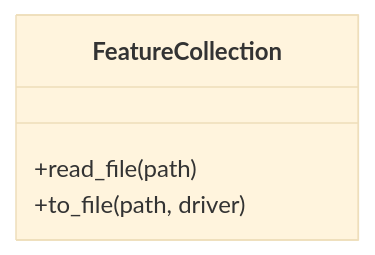
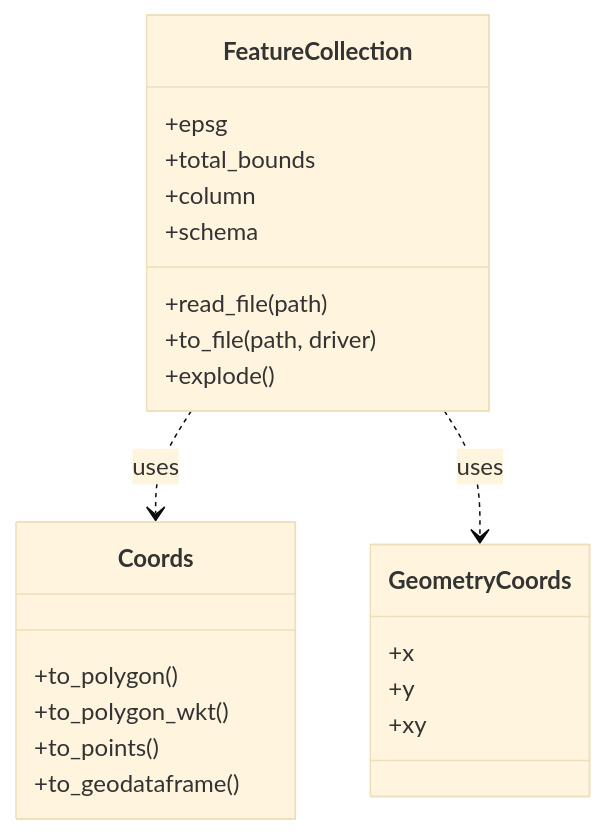
Before and after one commit to serapeum-org/pyramids: the fifth of 13 diagrams in docs/architecture/diagrams.md, drawn with Mermaid (base theme). The commit also changed other lines of this file and 3 other files, not shown here.

````diff
--- a/docs/architecture/diagrams.md
+++ b/docs/architecture/diagrams.md
@@ -69,7 +168,26 @@
 ```mermaid
 classDiagram
   class FeatureCollection {
     +read_file(path)
     +to_file(path, driver)
+    +epsg
+    +total_bounds
+    +column
+    +schema
+    +explode()
   }
+  class Coords {
+    +to_polygon()
+    +to_polygon_wkt()
+    +to_points()
+    +to_geodataframe()
+  }
+  class GeometryCoords {
+    +x
+    +y
+    +xy
+  }
+
+  FeatureCollection ..> Coords : uses
+  FeatureCollection ..> GeometryCoords : uses
 ```
````
